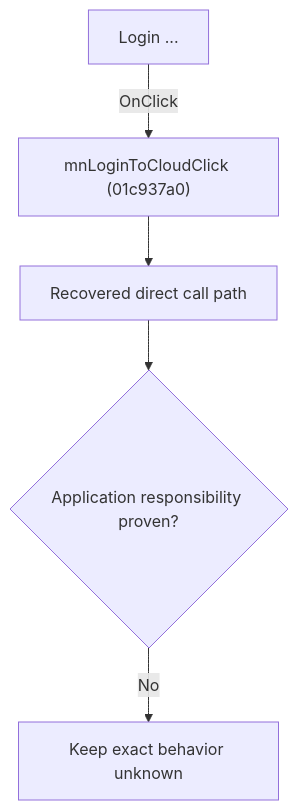
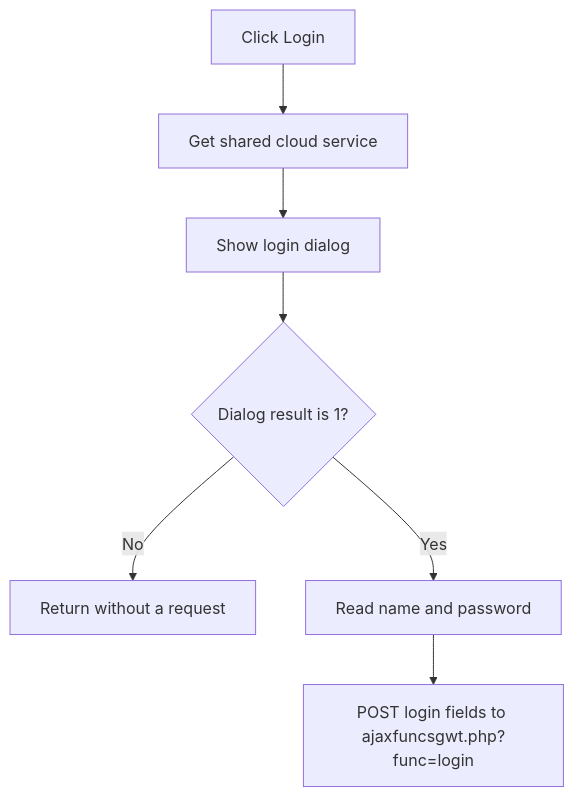
One commit to MovGP0/TIARA changed the diagram in docs/ui-controls/schematiceditor/mnlogintocloud-69591d2f03.md. Above: the diagram before and after it, drawn with Mermaid. The commit also changed other lines of this file and 241 other files, not shown here.

````diff
--- a/docs/ui-controls/schematiceditor/mnlogintocloud-69591d2f03.md
+++ b/docs/ui-controls/schematiceditor/mnlogintocloud-69591d2f03.md
@@ -27,7 +29,9 @@
 ```mermaid
 flowchart TD
-    control["Login ..."] -->|"OnClick"| handler["mnLoginToCloudClick (01c937a0)"]
-    handler --> recovered["Recovered direct call path"]
-    recovered --> gap{"Application responsibility proven?"}
-    gap -->|"No"| blocked["Keep exact behavior unknown"]
+    control["Click Login"] --> service["Get shared cloud service"]
+    service --> dialog["Show login dialog"]
+    dialog --> accepted{"Dialog result is 1?"}
+    accepted -->|"No"| stop["Return without a request"]
+    accepted -->|"Yes"| fields["Read name and password"]
+    fields --> post["POST login fields to ajaxfuncsgwt.php?func=login"]
 ```
````
